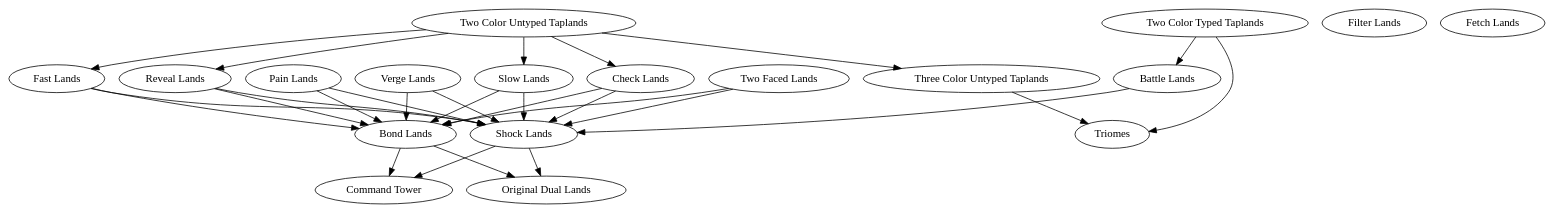
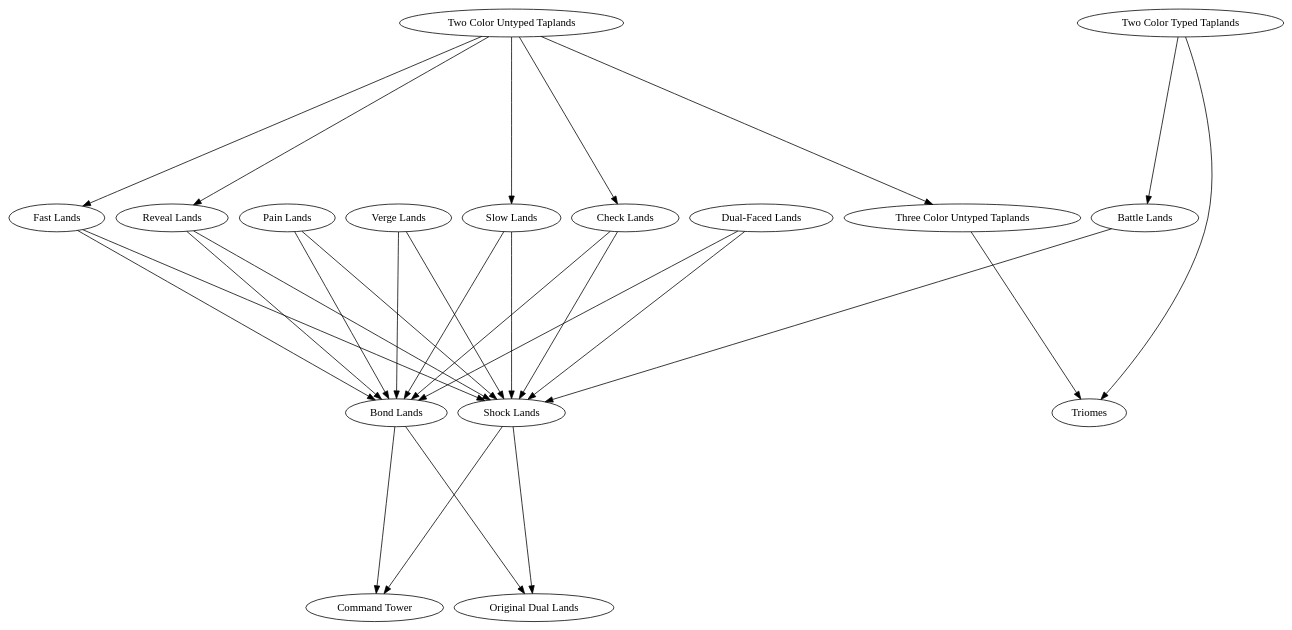
Before and after one commit to Electric-Whelk/LandFill: the diagram in Writeup/graphviz_work/superiority.dot, drawn with Graphviz. The commit also changed 19 other files, not shown here.

```diff
--- a/Writeup/graphviz_work/superiority.dot
+++ b/Writeup/graphviz_work/superiority.dot
@@ -1,37 +1,37 @@
 digraph superiority {
+	edge [splines=true]
+	graph [rankdir=TB, ranksep=3, nodesep=0.2]
+	graph [newrank=true]
+
 	"Shock Lands" -> "Command Tower"
 	"Shock Lands" -> "Original Dual Lands"
 	"Bond Lands" -> "Command Tower"
 	"Bond Lands" -> "Original Dual Lands"
 	"Three Color Untyped Taplands" -> "Triomes"
 	"Battle Lands" -> "Shock Lands"
 	"Two Color Typed Taplands" -> "Triomes"
 	"Two Color Typed Taplands" -> "Battle Lands"
 	"Verge Lands" -> "Bond Lands"
 	"Verge Lands" -> "Shock Lands"
 	"Pain Lands" -> "Bond Lands"
 	"Pain Lands" -> "Shock Lands"
 	"Slow Lands" -> "Bond Lands"
 	"Slow Lands" -> "Shock Lands"
 	"Check Lands" -> "Bond Lands"
 	"Check Lands" -> "Shock Lands"
 	"Fast Lands" -> "Bond Lands"
 	"Fast Lands" -> "Shock Lands"
 	"Reveal Lands" -> "Bond Lands"
 	"Reveal Lands" -> "Shock Lands"
-	"Two Faced Lands" -> "Bond Lands"
-	"Two Faced Lands" -> "Shock Lands"
+	"Dual-Faced Lands" -> "Bond Lands"
+	"Dual-Faced Lands" -> "Shock Lands"
 	"Two Color Untyped Taplands" -> "Three Color Untyped Taplands"
 	"Two Color Untyped Taplands" -> "Slow Lands"
 	"Two Color Untyped Taplands" -> "Check Lands"
 	"Two Color Untyped Taplands" -> "Fast Lands"
 	"Two Color Untyped Taplands" -> "Reveal Lands"
-	"Filter Lands"
-	"Fetch Lands"
 
-
-	
 
 
 	
 }
```
